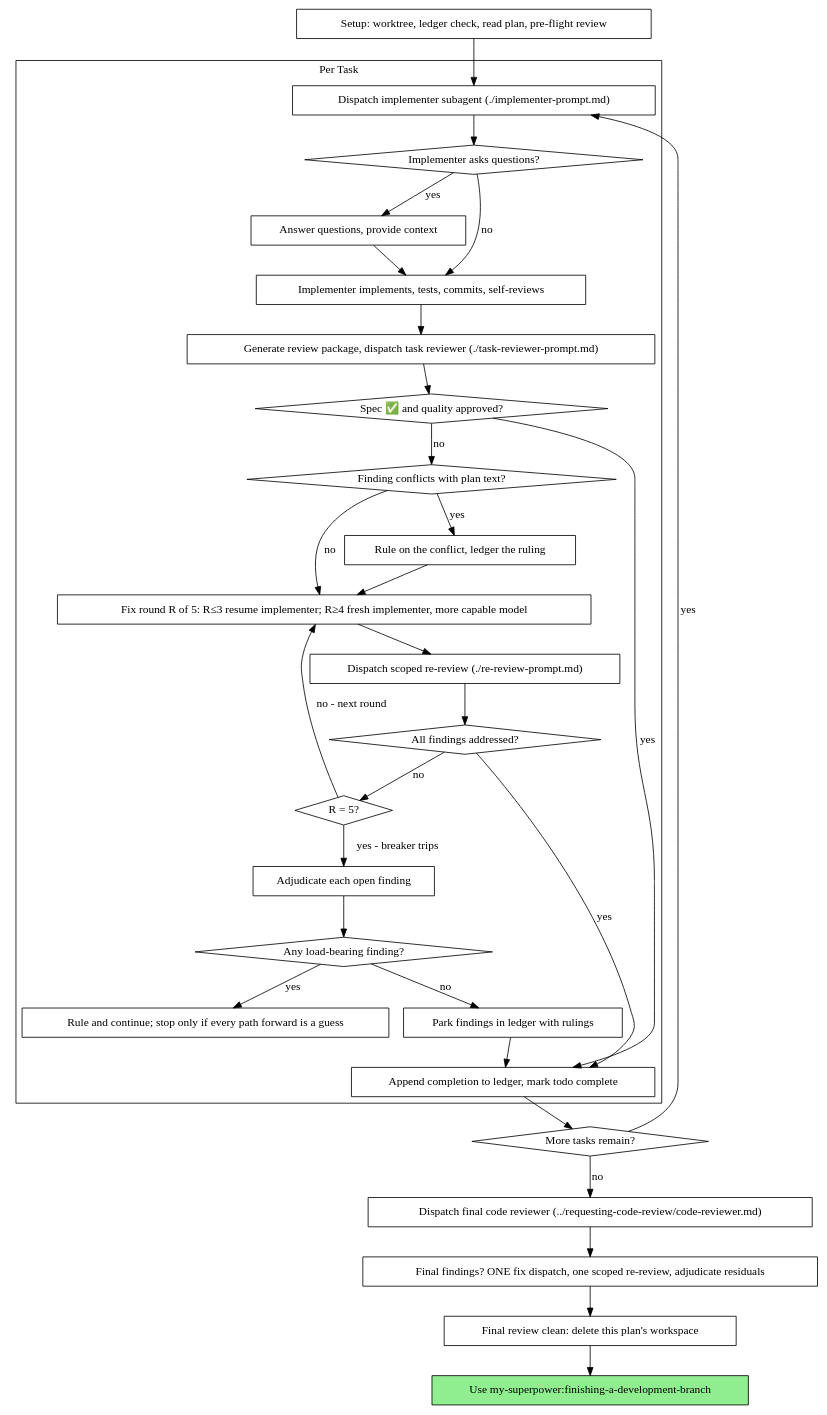
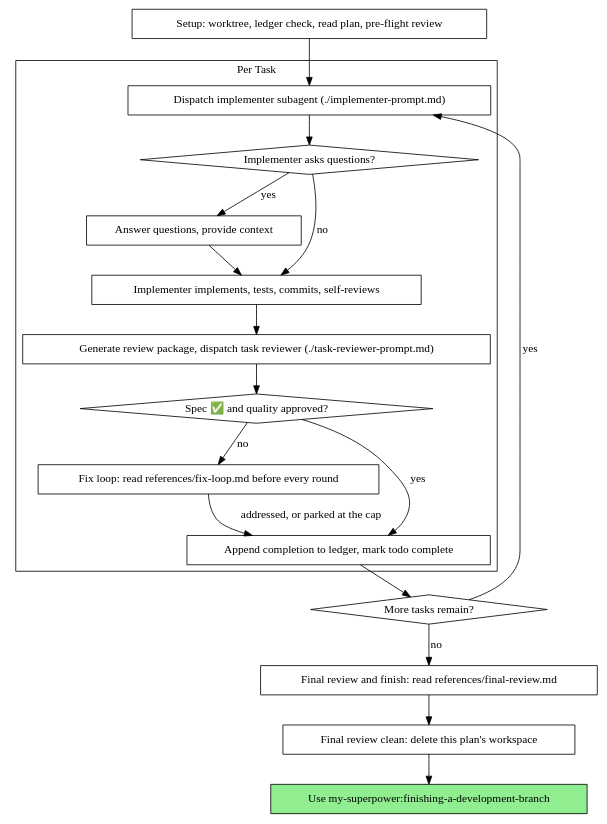
One commit to bill-atchison/mySuperpower changed the second of 2 diagrams in skills/subagent-driven-development/SKILL.md. Above: the diagram before and after it, drawn with Graphviz. The commit also changed other lines of this file and 76 other files, not shown here.

````diff
--- a/skills/subagent-driven-development/SKILL.md
+++ b/skills/subagent-driven-development/SKILL.md
@@ -61,62 +61,39 @@
 ```dot
 digraph process {
     rankdir=TB;
 
     subgraph cluster_per_task {
         label="Per Task";
         "Dispatch implementer subagent (./implementer-prompt.md)" [shape=box];
         "Implementer asks questions?" [shape=diamond];
         "Answer questions, provide context" [shape=box];
         "Implementer implements, tests, commits, self-reviews" [shape=box];
         "Generate review package, dispatch task reviewer (./task-reviewer-prompt.md)" [shape=box];
         "Spec ✅ and quality approved?" [shape=diamond];
-        "Finding conflicts with plan text?" [shape=diamond];
-        "Rule on the conflict, ledger the ruling" [shape=box];
-        "Fix round R of 5: R≤3 resume implementer; R≥4 fresh implementer, more capable model" [shape=box];
-        "Dispatch scoped re-review (./re-review-prompt.md)" [shape=box];
-        "All findings addressed?" [shape=diamond];
-        "R = 5?" [shape=diamond];
-        "Adjudicate each open finding" [shape=box];
-        "Any load-bearing finding?" [shape=diamond];
-        "Rule and continue; stop only if every path forward is a guess" [shape=box];
-        "Park findings in ledger with rulings" [shape=box];
+        "Fix loop: read references/fix-loop.md before every round" [shape=box];
         "Append completion to ledger, mark todo complete" [shape=box];
     }
 
     "Setup: worktree, ledger check, read plan, pre-flight review" [shape=box];
     "More tasks remain?" [shape=diamond];
-    "Dispatch final code reviewer (../requesting-code-review/code-reviewer.md)" [shape=box];
-    "Final findings? ONE fix dispatch, one scoped re-review, adjudicate residuals" [shape=box];
+    "Final review and finish: read references/final-review.md" [shape=box];
     "Final review clean: delete this plan's workspace" [shape=box];
     "Use my-superpower:finishing-a-development-branch" [shape=box style=filled fillcolor=lightgreen];
 
     "Setup: worktree, ledger check, read plan, pre-flight review" -> "Dispatch implementer subagent (./implementer-prompt.md)";
     "Dispatch implementer subagent (./implementer-prompt.md)" -> "Implementer asks questions?";
     "Implementer asks questions?" -> "Answer questions, provide context" [label="yes"];
     "Answer questions, provide context" -> "Implementer implements, tests, commits, self-reviews";
     "Implementer asks questions?" -> "Implementer implements, tests, commits, self-reviews" [label="no"];
     "Implementer implements, tests, commits, self-reviews" -> "Generate review package, dispatch task reviewer (./task-reviewer-prompt.md)";
     "Generate review package, dispatch task reviewer (./task-reviewer-prompt.md)" -> "Spec ✅ and quality approved?";
     "Spec ✅ and quality approved?" -> "Append completion to ledger, mark todo complete" [label="yes"];
-    "Spec ✅ and quality approved?" -> "Finding conflicts with plan text?" [label="no"];
-    "Finding conflicts with plan text?" -> "Rule on the conflict, ledger the ruling" [label="yes"];
-    "Rule on the conflict, ledger the ruling" -> "Fix round R of 5: R≤3 resume implementer; R≥4 fresh implementer, more capable model";
-    "Finding conflicts with plan text?" -> "Fix round R of 5: R≤3 resume implementer; R≥4 fresh implementer, more capable model" [label="no"];
-    "Fix round R of 5: R≤3 resume implementer; R≥4 fresh implementer, more capable model" -> "Dispatch scoped re-review (./re-review-prompt.md)";
-    "Dispatch scoped re-review (./re-review-prompt.md)" -> "All findings addressed?";
-    "All findings addressed?" -> "Append completion to ledger, mark todo complete" [label="yes"];
-    "All findings addressed?" -> "R = 5?" [label="no"];
-    "R = 5?" -> "Fix round R of 5: R≤3 resume implementer; R≥4 fresh implementer, more capable model" [label="no - next round"];
-    "R = 5?" -> "Adjudicate each open finding" [label="yes - breaker trips"];
-    "Adjudicate each open finding" -> "Any load-bearing finding?";
-    "Any load-bearing finding?" -> "Rule and continue; stop only if every path forward is a guess" [label="yes"];
-    "Any load-bearing finding?" -> "Park findings in ledger with rulings" [label="no"];
-    "Park findings in ledger with rulings" -> "Append completion to ledger, mark todo complete";
+    "Spec ✅ and quality approved?" -> "Fix loop: read references/fix-loop.md before every round" [label="no"];
+    "Fix loop: read references/fix-loop.md before every round" -> "Append completion to ledger, mark todo complete" [label="addressed, or parked at the cap"];
     "Append completion to ledger, mark todo complete" -> "More tasks remain?";
     "More tasks remain?" -> "Dispatch implementer subagent (./implementer-prompt.md)" [label="yes"];
-    "More tasks remain?" -> "Dispatch final code reviewer (../requesting-code-review/code-reviewer.md)" [label="no"];
-    "Dispatch final code reviewer (../requesting-code-review/code-reviewer.md)" -> "Final findings? ONE fix dispatch, one scoped re-review, adjudicate residuals";
-    "Final findings? ONE fix dispatch, one scoped re-review, adjudicate residuals" -> "Final review clean: delete this plan's workspace";
+    "More tasks remain?" -> "Final review and finish: read references/final-review.md" [label="no"];
+    "Final review and finish: read references/final-review.md" -> "Final review clean: delete this plan's workspace";
     "Final review clean: delete this plan's workspace" -> "Use my-superpower:finishing-a-development-branch";
 }
 ```
````
